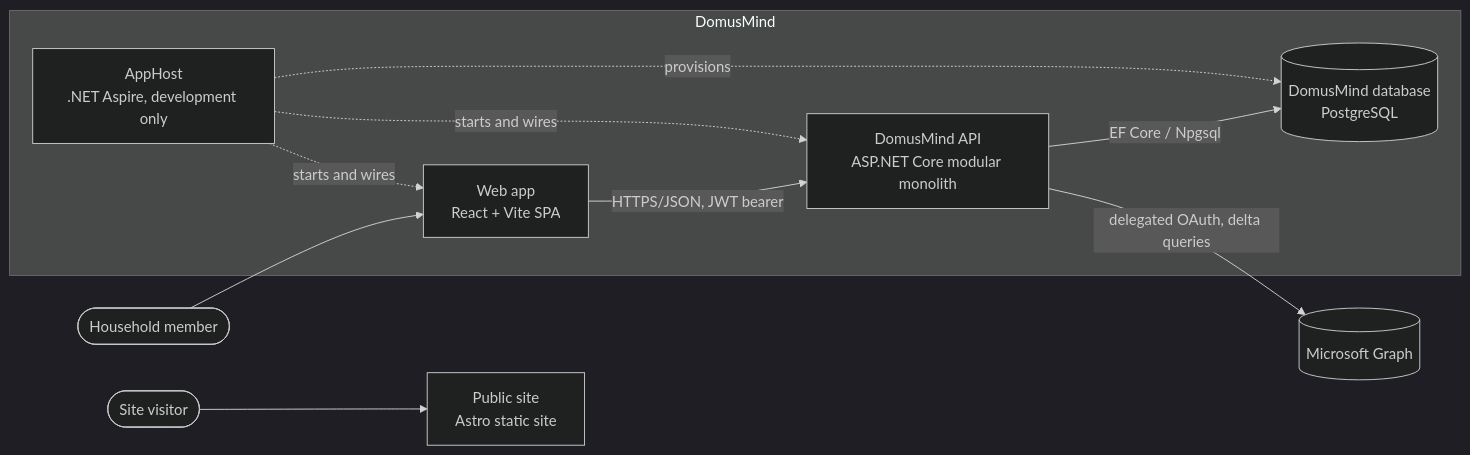
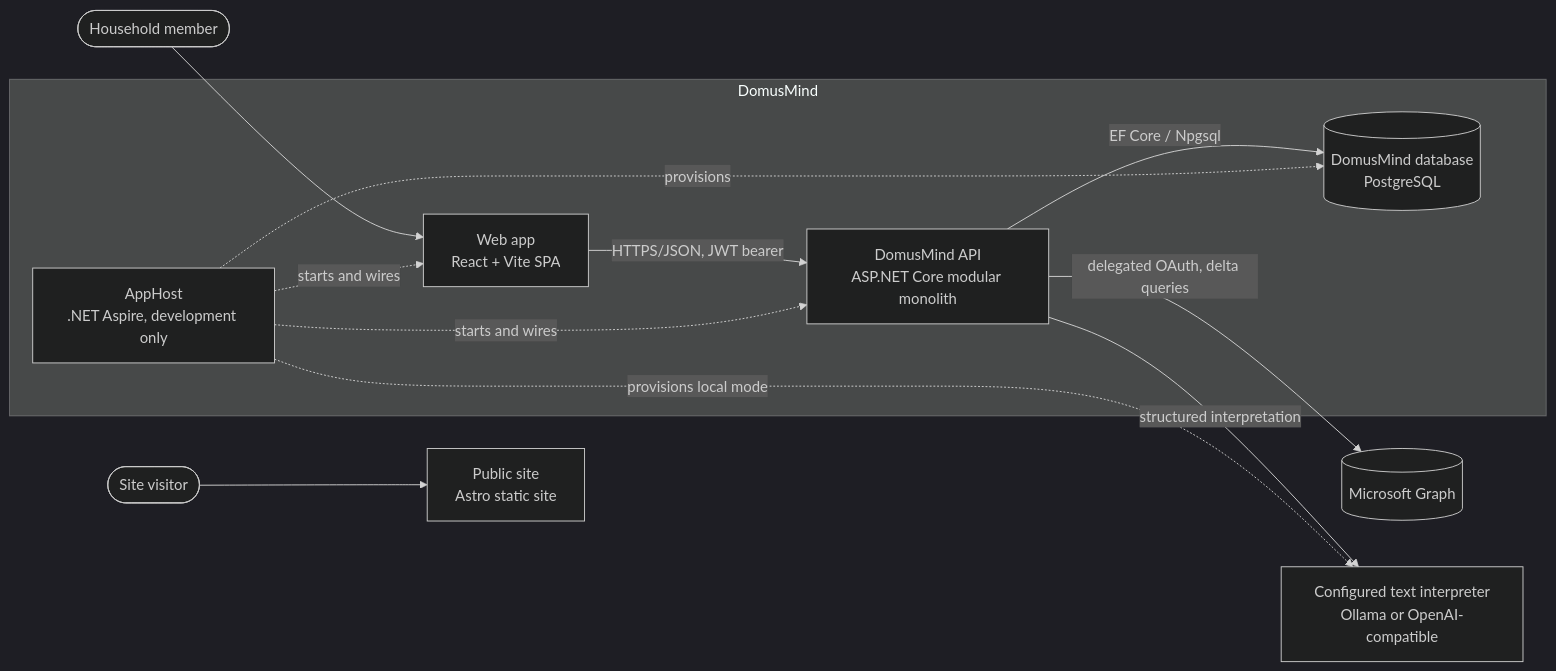
Before and after one commit to juangcarmona/domusmind: the first of 3 diagrams in docs/architecture/05-building-block-view.md, drawn with Mermaid (dark theme). The commit also changed other lines of this file and 124 other files, not shown here.

````diff
--- a/docs/architecture/05-building-block-view.md
+++ b/docs/architecture/05-building-block-view.md
@@ -15,24 +15,27 @@
 ```mermaid
 flowchart LR
     person([Household member])
     visitor([Site visitor])
     msgraph[(Microsoft Graph)]
+    interpreter["Configured text interpreter<br/>Ollama or OpenAI-compatible"]
 
     subgraph domusmind [DomusMind]
         web["Web app<br/>React + Vite SPA"]
         api["DomusMind API<br/>ASP.NET Core modular monolith"]
         db[("DomusMind database<br/>PostgreSQL")]
         apphost["AppHost<br/>.NET Aspire, development only"]
     end
 
     site["Public site<br/>Astro static site"]
 
     person --> web
     visitor --> site
     web -- "HTTPS/JSON, JWT bearer" --> api
     api -- "EF Core / Npgsql" --> db
     api -- "delegated OAuth, delta queries" --> msgraph
+    api -- "structured interpretation" --> interpreter
     apphost -. "starts and wires" .-> api
     apphost -. "starts and wires" .-> web
     apphost -. "provisions" .-> db
+    apphost -. "provisions local mode" .-> interpreter
 ```
````
